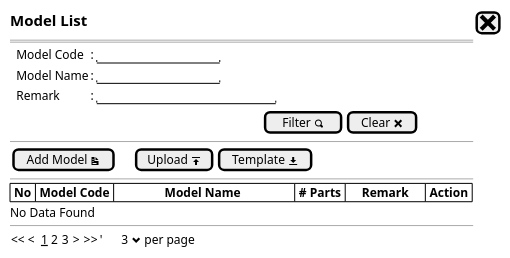
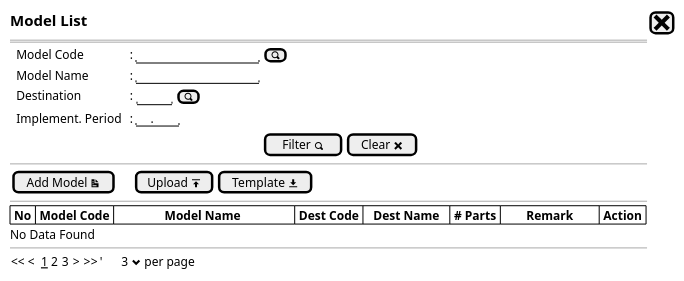
The diagram in Model/model - newstep0.puml (ari-fikri/packing-cost-mockup), drawn with PlantUML before and after one commit. The commit also changed 5 other files, not shown here.

Commit message:
Modify Model UI Structure - Add Destination (code/name) - Add Implemenation period

```diff
--- a/Model/model - newstep0.puml
+++ b/Model/model - newstep0.puml
@@ -1,26 +1,27 @@
 @startsalt
 {
   <size:15><b>Model List |[<size:25><&x>]|*
   ==
   {
-    .|Model Code        |: |"               "|*
-    .|Model Name        |: |"               "|*
-    .|Remark            |: |"                      "|*
+    .|Model Code         |: |"               "|[<&magnifying-glass>]|*
+    .|Model Name         |: |"               "|*
+    .|Destination        |: {|"    "|[<&magnifying-glass>]|}*
+    .|Implement. Period  |: |"    ."|*
   }
   {|                                                                                |[Filter <&magnifying-glass>]|[Clear <&x>]|}
   --
   {
-  [Add Model <&document>]|.|.|.|[Upload <&data-transfer-upload>]| [Template <&data-transfer-download>]|* 
+    [Add Model <&document>]|.|.|.|[Upload <&data-transfer-upload>]| [Template <&data-transfer-download>]|* 
   }
   --
   {#
-   | <b>No | <b>Model Code |                <b>Model Name                 | <b># Parts |<b>     Remark     |<b> Action |*|*|*
+   | <b>No | <b>Model Code |                <b>Model Name                 | <b>Dest Code |   <b>Dest Name   | <b># Parts |<b>        Remark        |<b> Action |*|*|*
   }
   No Data Found
   --
   {
   << <  __1__ 2 3  > >>  |'      3 <&chevron-bottom> per page |*
   }
 
 }
 @endsalt
```
